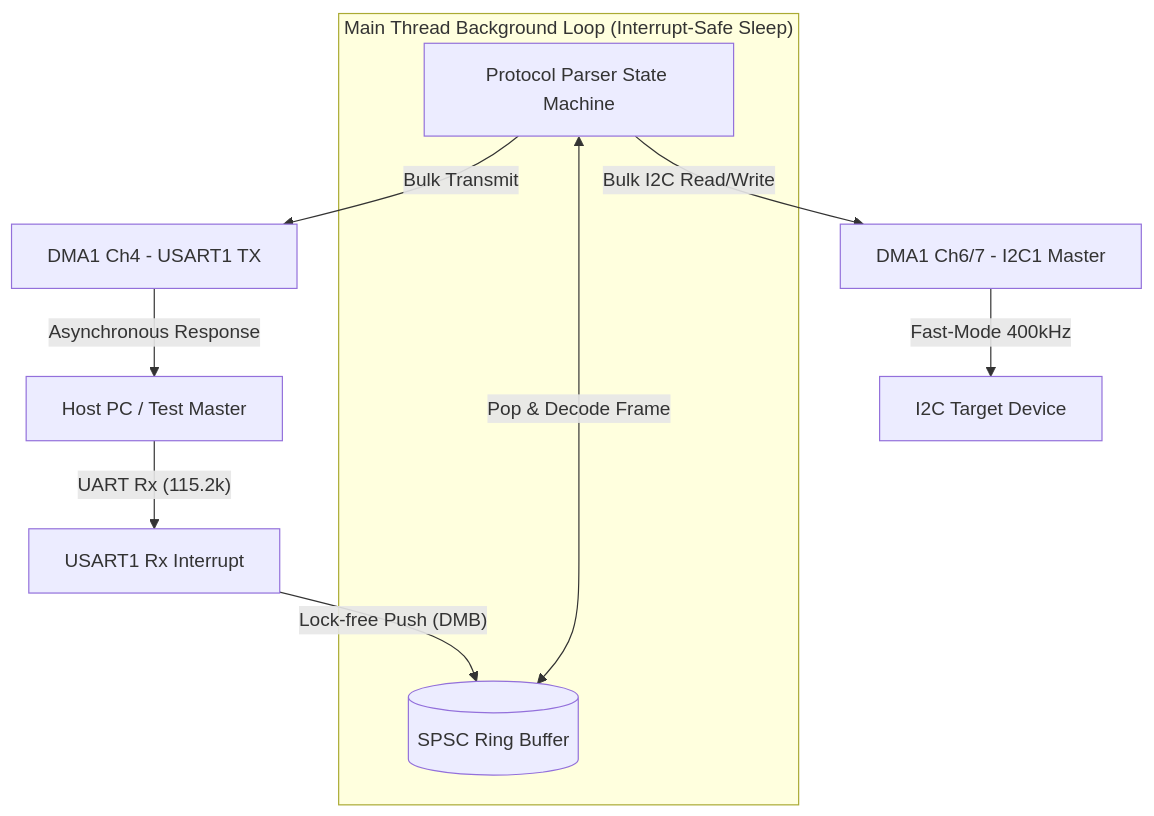
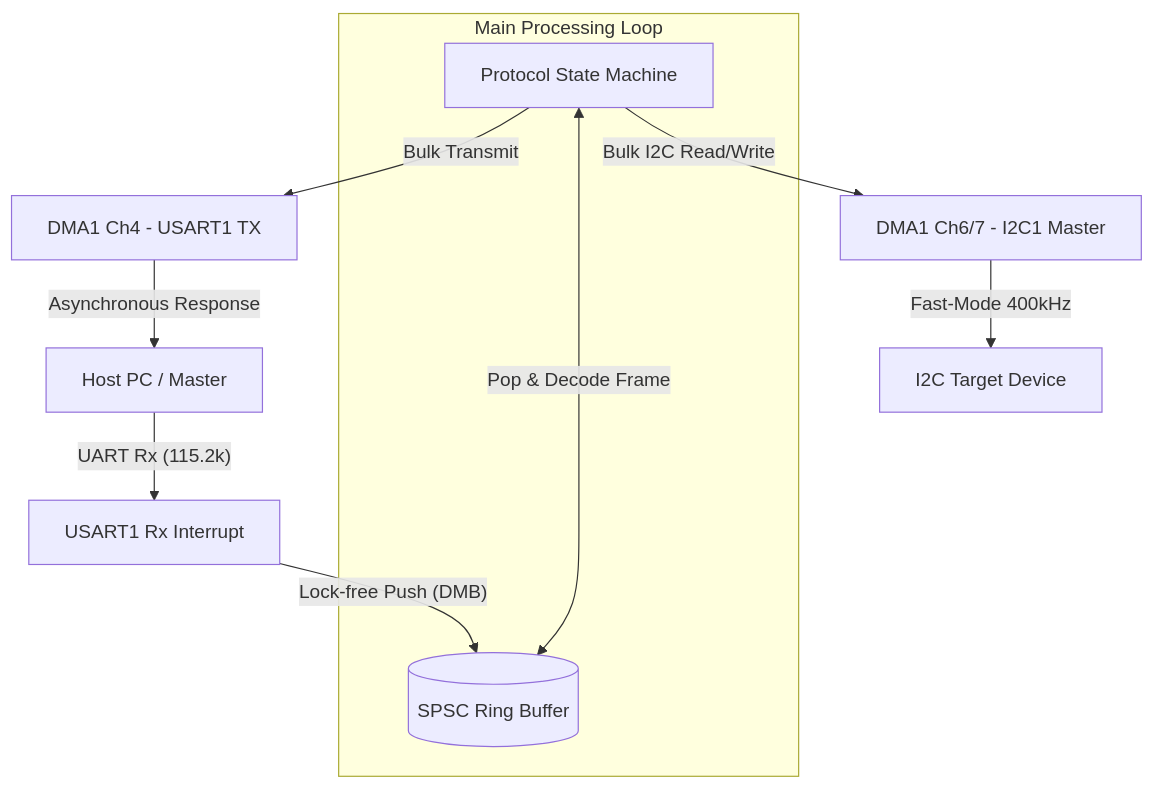
The diagram in README.md (AnujYadav-1915/ARM-Cortex-M3-UART-I2C-Protocol-Bridge), drawn with Mermaid before and after one commit. The commit also changed other lines of this file and 1 other file, not shown here.

````diff
--- a/README.md
+++ b/README.md
@@ -56,16 +18,16 @@
 ```mermaid
 graph TD
-    Host[Host PC / Test Master] -- "UART Rx (115.2k)" --> UART_Rx_ISR[USART1 Rx Interrupt]
+    Host[Host PC / Master] -- "UART Rx (115.2k)" --> UART_Rx_ISR[USART1 Rx Interrupt]
     UART_Rx_ISR -- "Lock-free Push (DMB)" --> Ring_Buffer[(SPSC Ring Buffer)]
     
-    subgraph "Main Thread Background Loop (Interrupt-Safe Sleep)"
-        Parser[Protocol Parser State Machine]
+    subgraph "Main Processing Loop"
+        Parser[Protocol State Machine]
         Parser -- "Pop & Decode Frame" <--> Ring_Buffer
     end
     
     Parser -- "Bulk Transmit" --> DMA_UART_Tx[DMA1 Ch4 - USART1 TX]
     Parser -- "Bulk I2C Read/Write" --> DMA_I2C[DMA1 Ch6/7 - I2C1 Master]
     
     DMA_UART_Tx -- "Asynchronous Response" --> Host
     DMA_I2C -- "Fast-Mode 400kHz" --> I2C_Slave[I2C Target Device]
 ```
````
